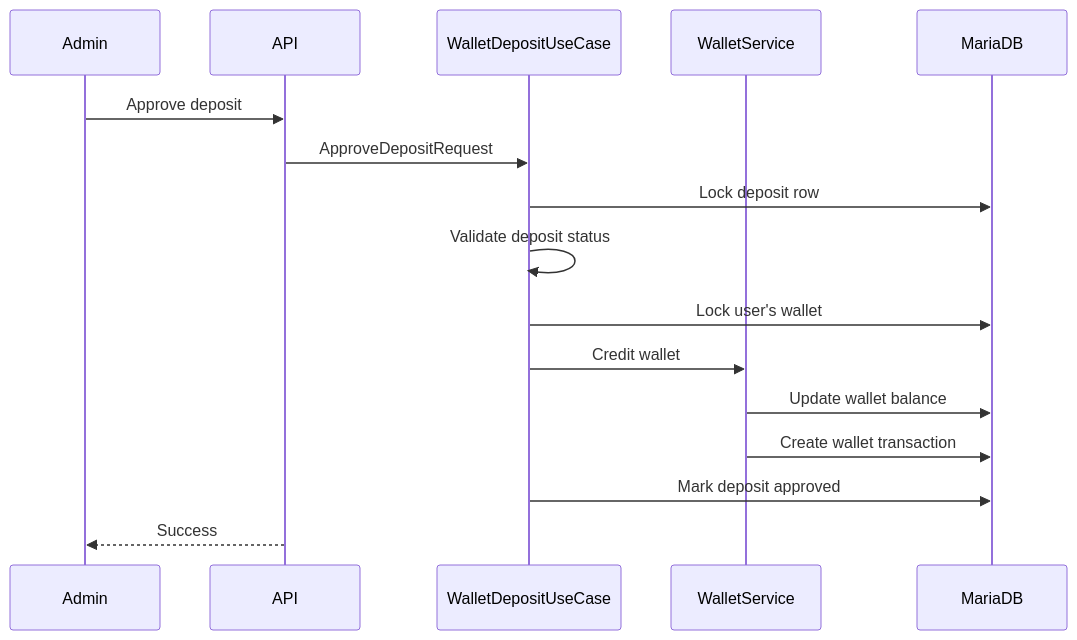
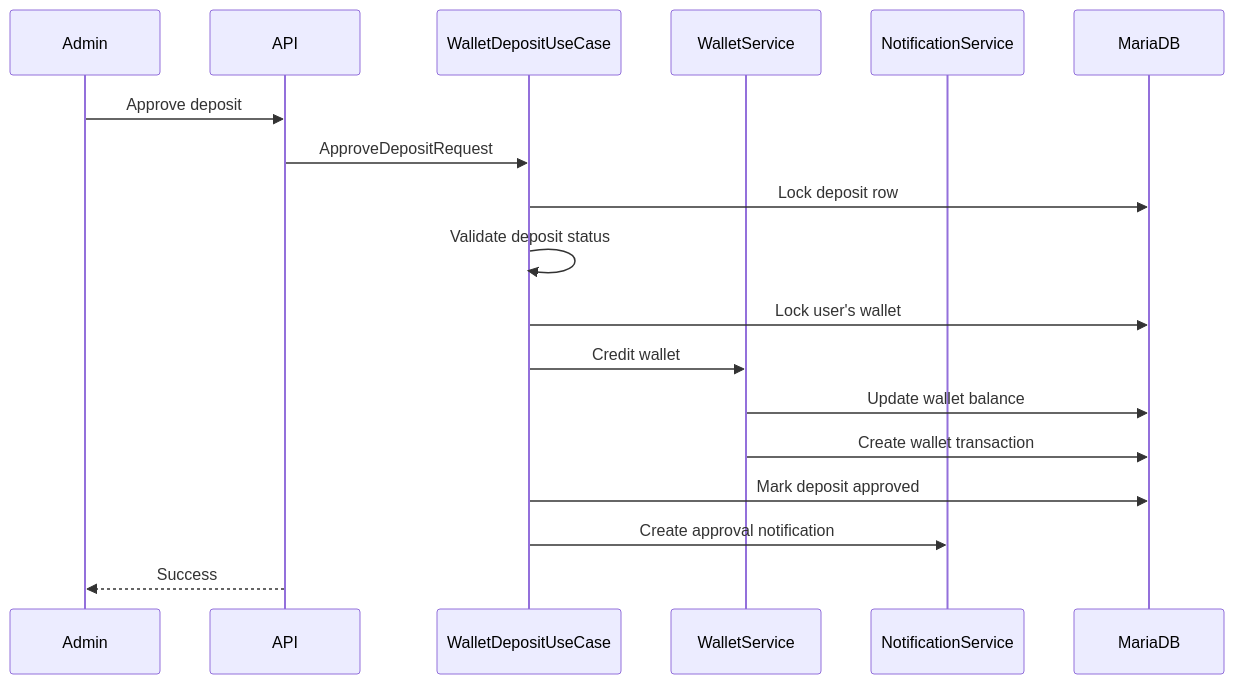
The fourth of 7 diagrams in docs/core-workflows.md (MinhKhoa05/gametopup), drawn with Mermaid before and after one commit. The commit also changed other lines of this file and 16 other files, not shown here.

````diff
--- a/docs/core-workflows.md
+++ b/docs/core-workflows.md
@@ -86,19 +93,21 @@
 ```mermaid
 sequenceDiagram
     participant Admin
     participant API
     participant UseCase as WalletDepositUseCase
     participant Wallet as WalletService
+    participant Notify as NotificationService
     participant DB as MariaDB
 
     Admin->>API: Approve deposit
     API->>UseCase: ApproveDepositRequest
     UseCase->>DB: Lock deposit row
     UseCase->>UseCase: Validate deposit status
     UseCase->>DB: Lock user's wallet
     UseCase->>Wallet: Credit wallet
     Wallet->>DB: Update wallet balance
     Wallet->>DB: Create wallet transaction
     UseCase->>DB: Mark deposit approved
+    UseCase->>Notify: Create approval notification
     API-->>Admin: Success
 ```
````
